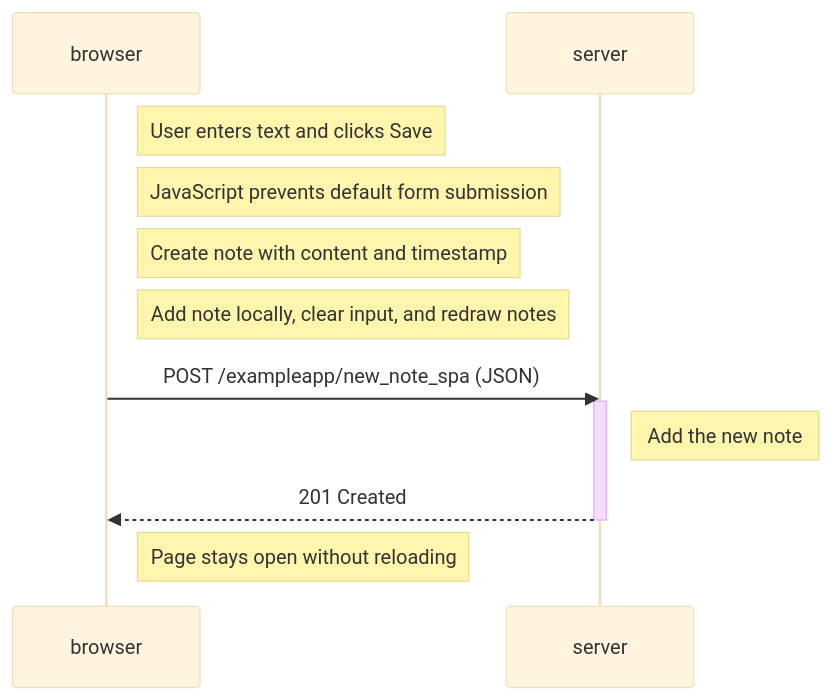
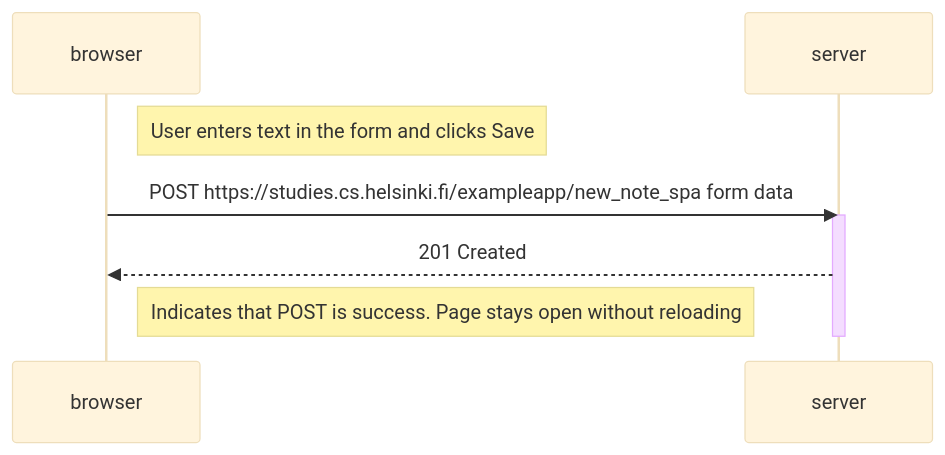
The diagram in part0/0.6-new-note-spa.md (dinazavyr/fullstackopen), drawn with Mermaid (base theme) before and after one commit. The commit also changed 2 other files, not shown here.

Commit message:
Corrcted diagrams, fixed identation error

````diff
--- a/part0/0.6-new-note-spa.md
+++ b/part0/0.6-new-note-spa.md
@@ -1,18 +1,12 @@
 ```mermaid
 sequenceDiagram
     participant browser
     participant server
-
-    Note right of browser: User enters text and clicks Save
-    Note right of browser: JavaScript prevents default form submission
-    Note right of browser: Create note with content and timestamp
-    Note right of browser: Add note locally, clear input, and redraw notes
-
-    browser->>server: POST /exampleapp/new_note_spa (JSON)
+ 
+    Note right of browser: User enters text in the form and clicks Save
+    browser->>server: POST https://studies.cs.helsinki.fi/exampleapp/new_note_spa form data
     activate server
-    Note right of server: Add the new note
-    server-->>browser: 201 Created
+    server-->>browser: 201 Created 
+    Note right of browser:  Indicates that POST is success. Page stays open without reloading
     deactivate server
-
-    Note right of browser: Page stays open without reloading
 ```
````
